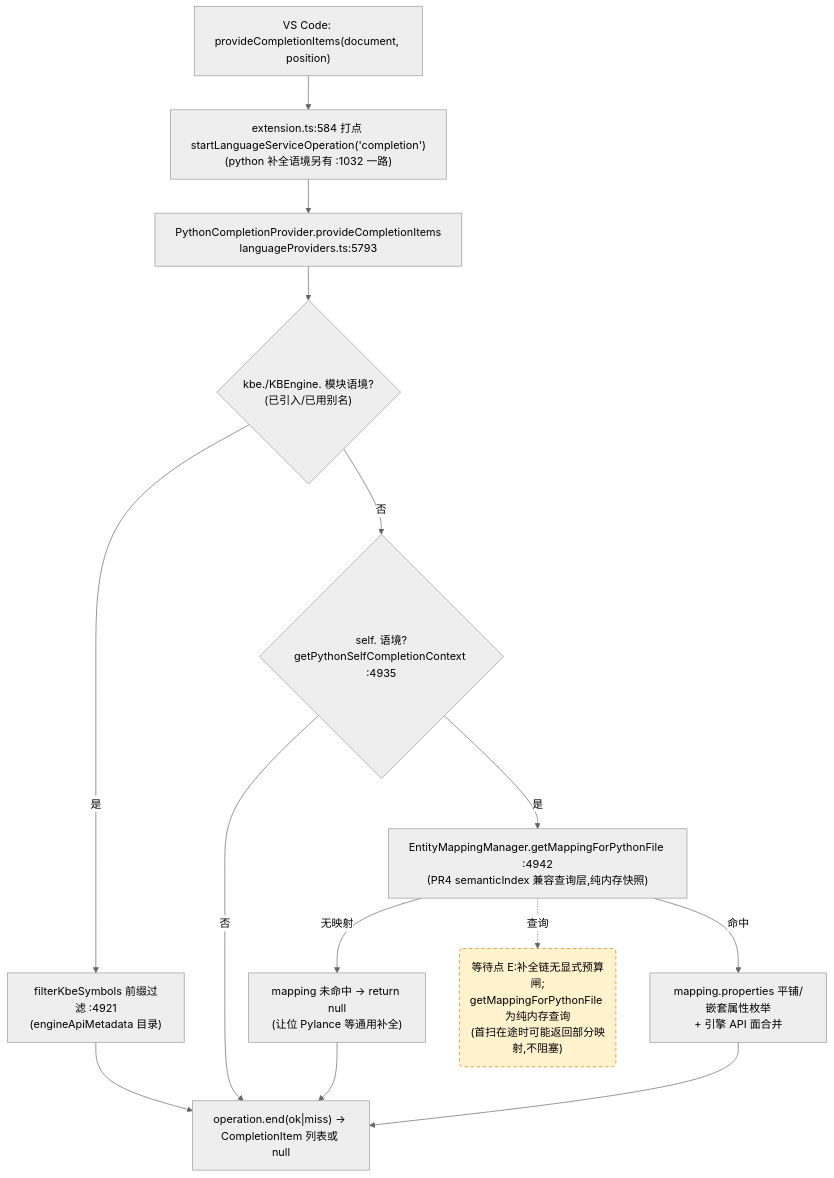
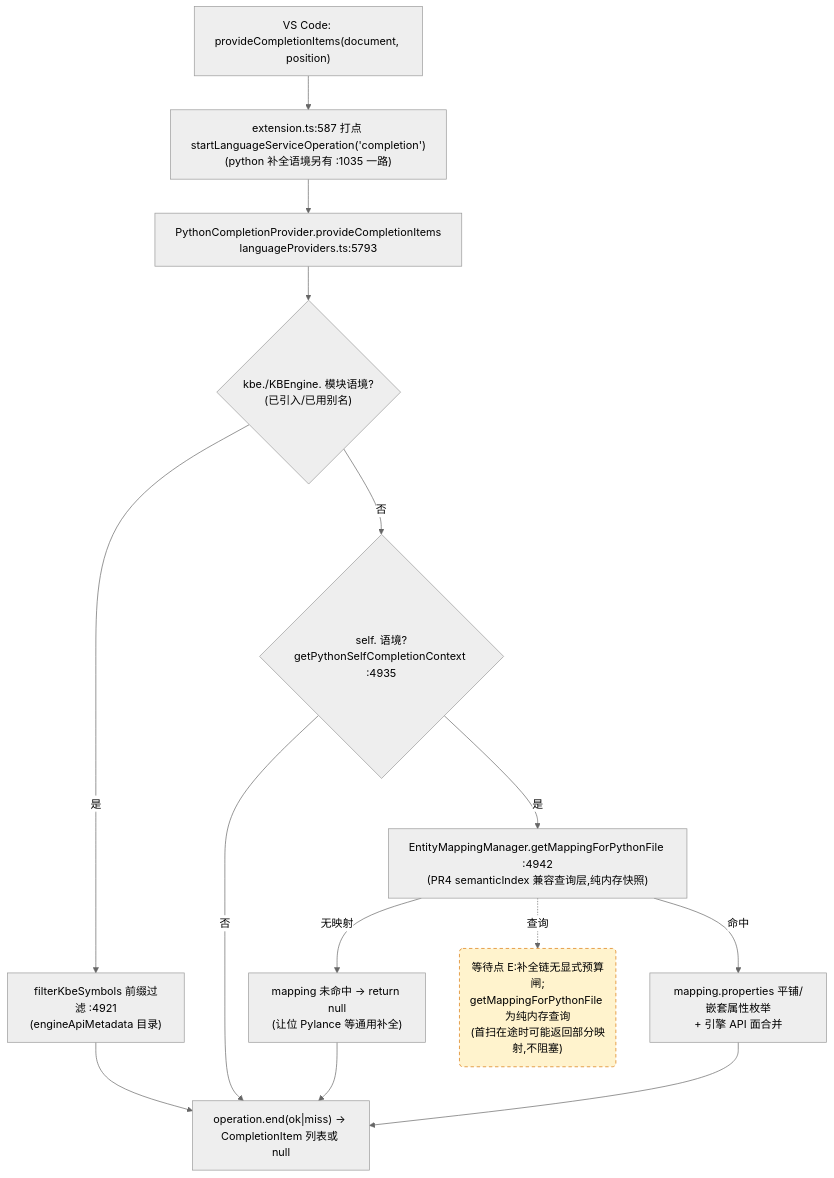
Before and after one commit to cuihairu/kode: the third of 4 diagrams in docs/perf/2026-baseline.md, drawn with Mermaid (neutral theme). The commit also changed other lines of this file and 14 other files, not shown here.

Commit message:
feat: schema hot hit validates without file reads

````diff
--- a/docs/perf/2026-baseline.md
+++ b/docs/perf/2026-baseline.md
@@ -184,27 +184,27 @@
 ```mermaid
 flowchart TD
   VC3["VS Code: provideCompletionItems(document, position)"]
-  M3["extension.ts:584 打点 startLanguageServiceOperation('completion')<br/>(python 补全语境另有 :1032 一路)"]
+  M3["extension.ts:587 打点 startLanguageServiceOperation('completion')<br/>(python 补全语境另有 :1035 一路)"]
   CP["PythonCompletionProvider.provideCompletionItems<br/>languageProviders.ts:5793"]
   KBEC{"kbe./KBEngine. 模块语境?<br/>(已引入/已用别名)"}
   FILTER["filterKbeSymbols 前缀过滤 :4921<br/>(engineApiMetadata 目录)"]
   SELFC{"self. 语境?<br/>getPythonSelfCompletionContext :4935"}
   MAP["EntityMappingManager.getMappingForPythonFile :4942<br/>(PR4 semanticIndex 兼容查询层,纯内存快照)"]
   NOMAP["mapping 未命中 → return null<br/>(让位 Pylance 等通用补全)"]
   PROPS["mapping.properties 平铺/嵌套属性枚举<br/>+ 引擎 API 面合并"]
   END3["operation.end(ok|miss) → CompletionItem 列表或 null"]
 
   VC3 --> M3 --> CP --> KBEC
   KBEC -- "是" --> FILTER --> END3
   KBEC -- "否" --> SELFC
   SELFC -- "否" --> END3
   SELFC -- "是" --> MAP
   MAP -- "无映射" --> NOMAP --> END3
   MAP -- "命中" --> PROPS --> END3
 
   WAITE("等待点 E:补全链无显式预算闸;<br/>getMappingForPythonFile 为纯内存查询<br/>(首扫在途时可能返回部分映射,不阻塞)")
   MAP -.->|查询| WAITE
 
   classDef waitPoint fill:#fff3cd,stroke:#d97706,stroke-dasharray:5 4;
   class WAITE waitPoint;
 ```
````
